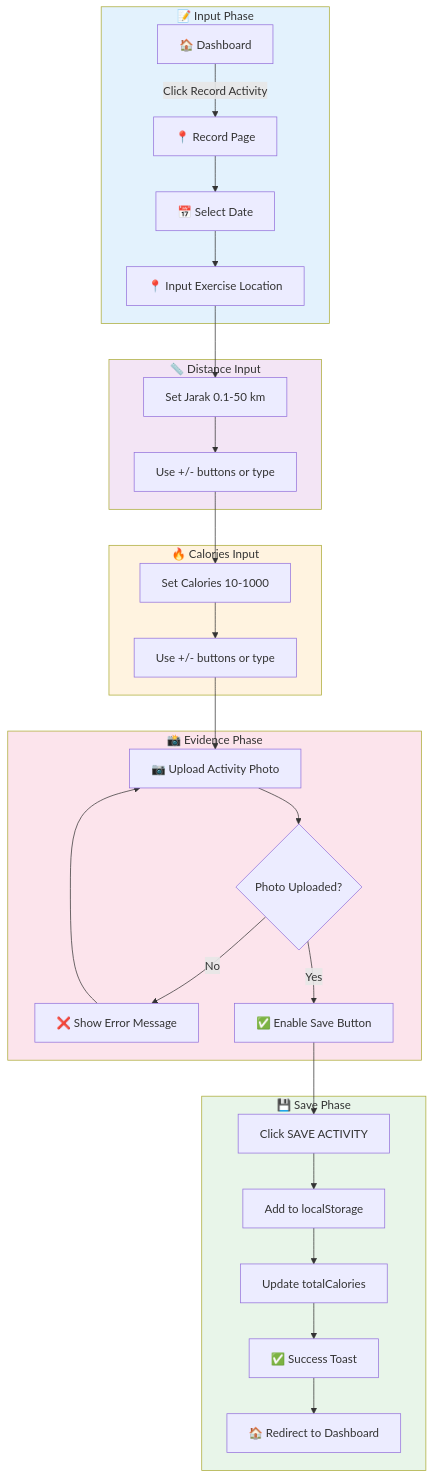
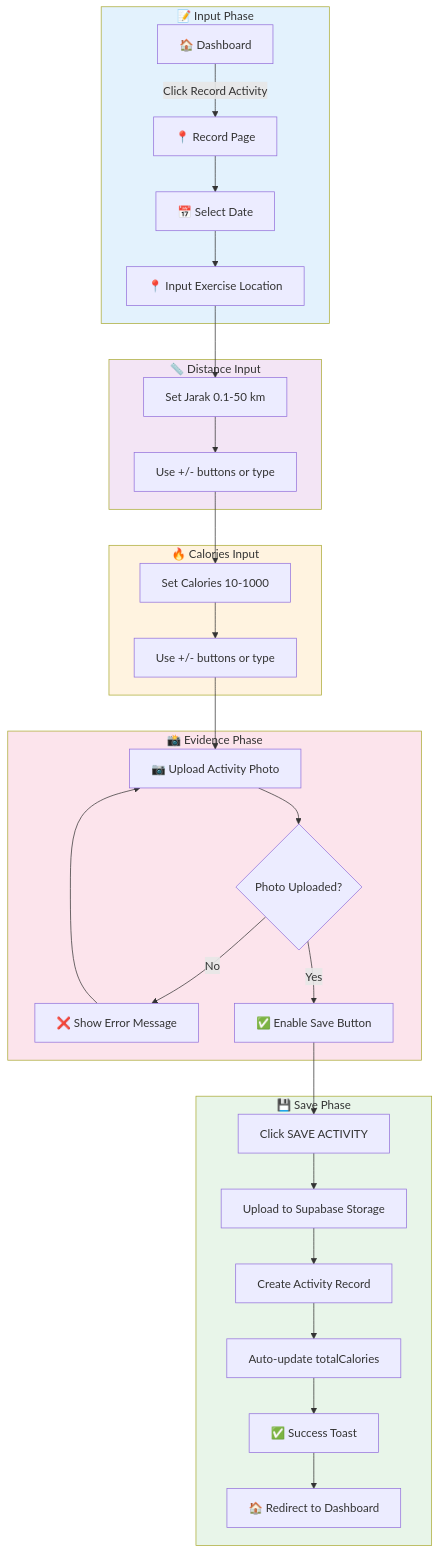
One commit to ilhaminudin24/ITDigital-wellbeing changed the second of 4 diagrams in docs/core_process.md. Above: the diagram before and after it, drawn with Mermaid. The commit also changed other lines of this file and 5 other files, not shown here.

````diff
--- a/docs/core_process.md
+++ b/docs/core_process.md
@@ -108,40 +108,41 @@
 ```mermaid
 flowchart TD
     subgraph Input["📝 Input Phase"]
         A[🏠 Dashboard] -->|Click Record Activity| B[📍 Record Page]
         B --> C[📅 Select Date]
         C --> D[📍 Input Exercise Location]
     end
 
     subgraph Distance["📏 Distance Input"]
         D --> E[Set Jarak 0.1-50 km]
         E --> F[Use +/- buttons or type]
     end
 
     subgraph Calories["🔥 Calories Input"]
         F --> G[Set Calories 10-1000]
         G --> H[Use +/- buttons or type]
     end
 
     subgraph Evidence["📸 Evidence Phase"]
         H --> I[📷 Upload Activity Photo]
         I --> J{Photo Uploaded?}
         J -->|No| K[❌ Show Error Message]
         K --> I
         J -->|Yes| L[✅ Enable Save Button]
     end
 
     subgraph Save["💾 Save Phase"]
         L --> M[Click SAVE ACTIVITY]
-        M --> N[Add to localStorage]
-        N --> O[Update totalCalories]
-        O --> P[✅ Success Toast]
-        P --> Q[🏠 Redirect to Dashboard]
+        M --> N[Upload to Supabase Storage]
+        N --> O[Create Activity Record]
+        O --> P[Auto-update totalCalories]
+        P --> Q[✅ Success Toast]
+        Q --> R[🏠 Redirect to Dashboard]
     end
 
     style Input fill:#e3f2fd
     style Distance fill:#f3e5f5
     style Calories fill:#fff3e0
     style Evidence fill:#fce4ec
     style Save fill:#e8f5e9
 ```
````
